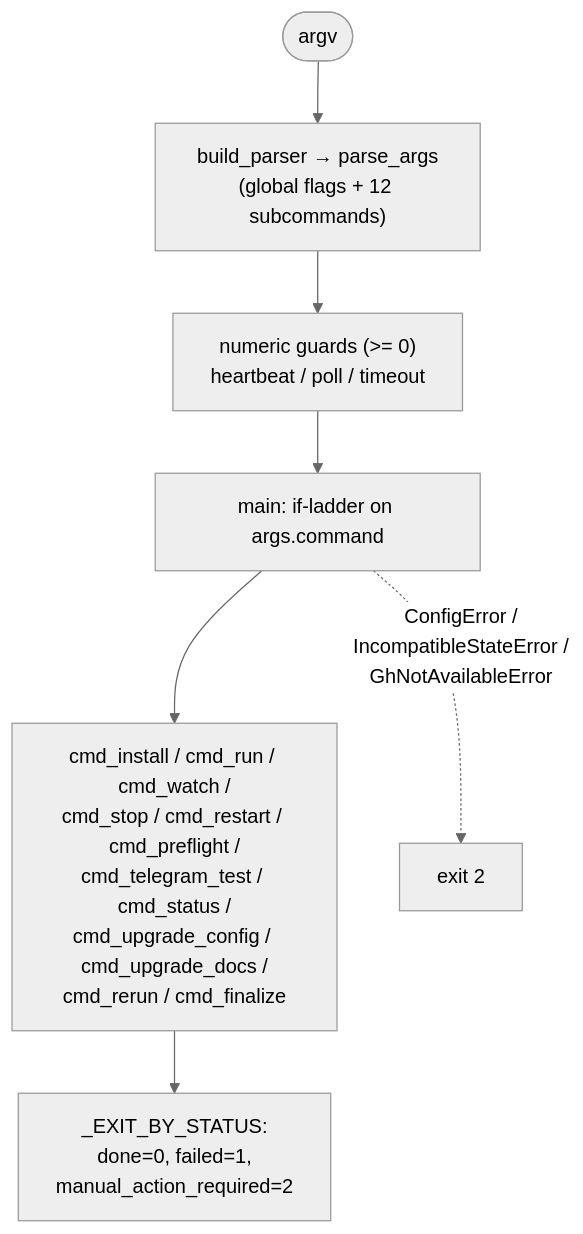
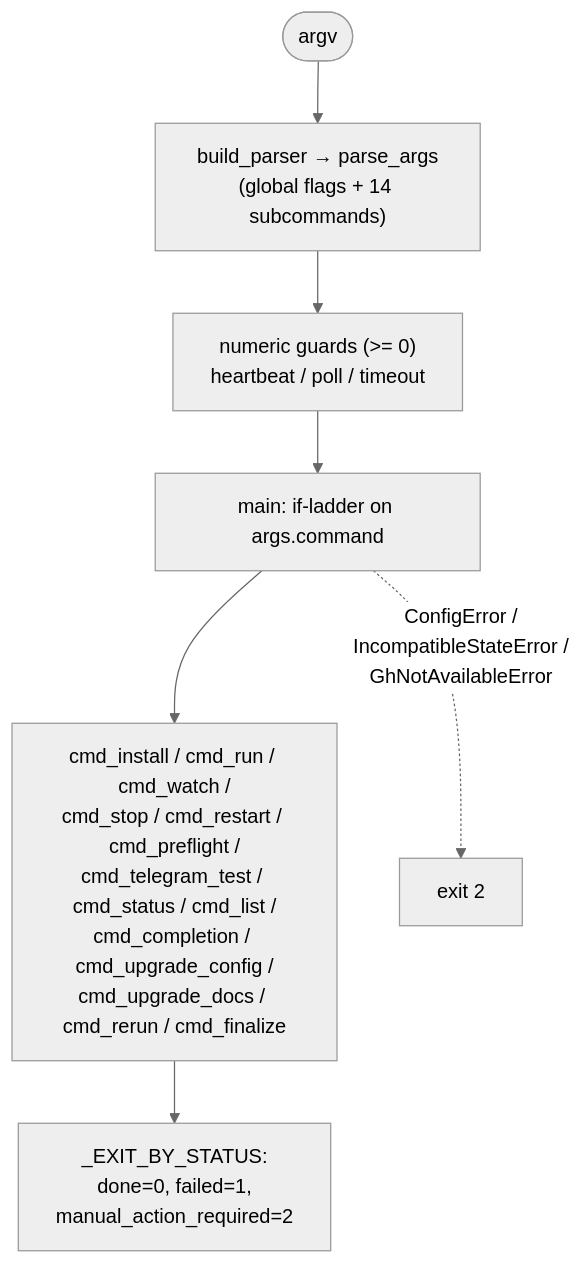
Before and after one commit to VladimirMakarevich/wastech-orchestrator: the diagram in docs/functional/blocks/B01-cli-and-operator-commands.md, drawn with Mermaid (neutral theme). The commit also changed other lines of this file and 15 other files, not shown here.

First line of the commit message:
feat: add `list` and `completion` commands to CLI for task enumeration and shell integration

````diff
--- a/docs/functional/blocks/B01-cli-and-operator-commands.md
+++ b/docs/functional/blocks/B01-cli-and-operator-commands.md
@@ -57,9 +59,9 @@
 ```mermaid
 flowchart TB
-    argv(["argv"]) --> parse["build_parser → parse_args<br/>(global flags + 12 subcommands)"]
+    argv(["argv"]) --> parse["build_parser → parse_args<br/>(global flags + 14 subcommands)"]
     parse --> guard["numeric guards (>= 0)<br/>heartbeat / poll / timeout"]
     guard --> disp["main: if-ladder on args.command"]
-    disp --> drivers["cmd_install / cmd_run / cmd_watch /<br/>cmd_stop / cmd_restart / cmd_preflight /<br/>cmd_telegram_test / cmd_status /<br/>cmd_upgrade_config / cmd_upgrade_docs /<br/>cmd_rerun / cmd_finalize"]
+    disp --> drivers["cmd_install / cmd_run / cmd_watch /<br/>cmd_stop / cmd_restart / cmd_preflight /<br/>cmd_telegram_test / cmd_status / cmd_list /<br/>cmd_completion / cmd_upgrade_config /<br/>cmd_upgrade_docs / cmd_rerun / cmd_finalize"]
     drivers --> codes["_EXIT_BY_STATUS:<br/>done=0, failed=1,<br/>manual_action_required=2"]
     disp -.->|"ConfigError /<br/>IncompatibleStateError /<br/>GhNotAvailableError"| err2["exit 2"]
 ```
````
